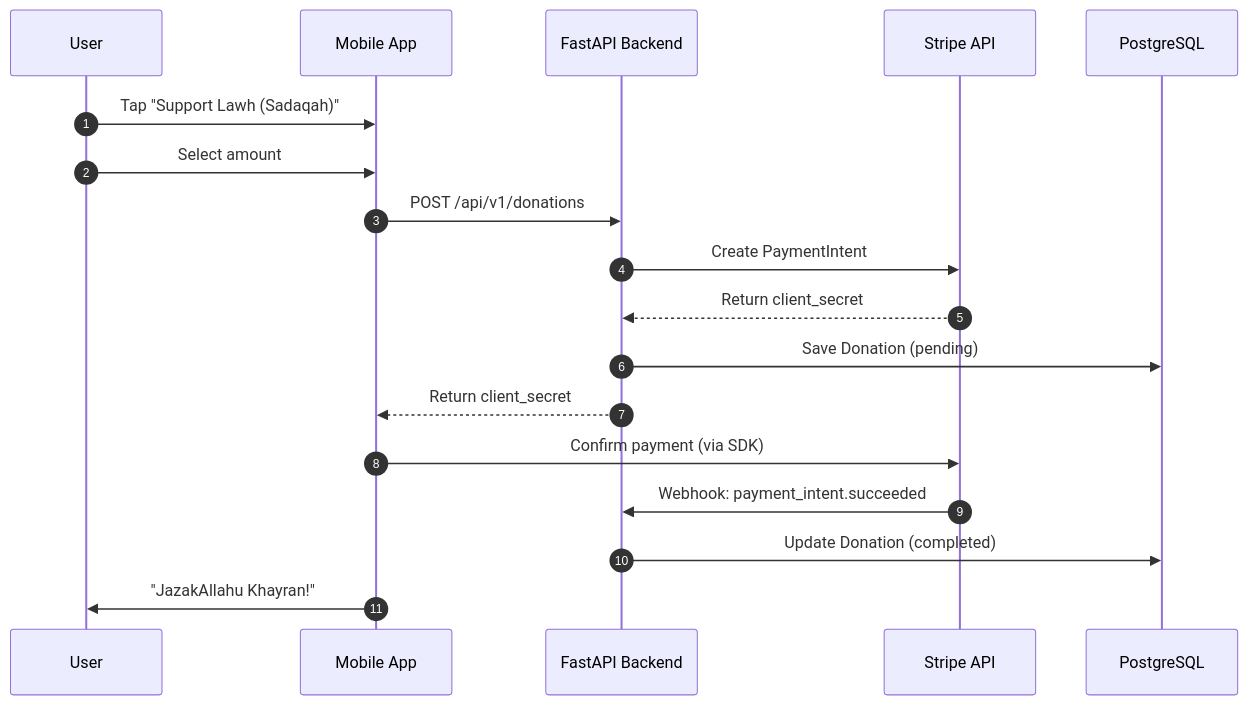
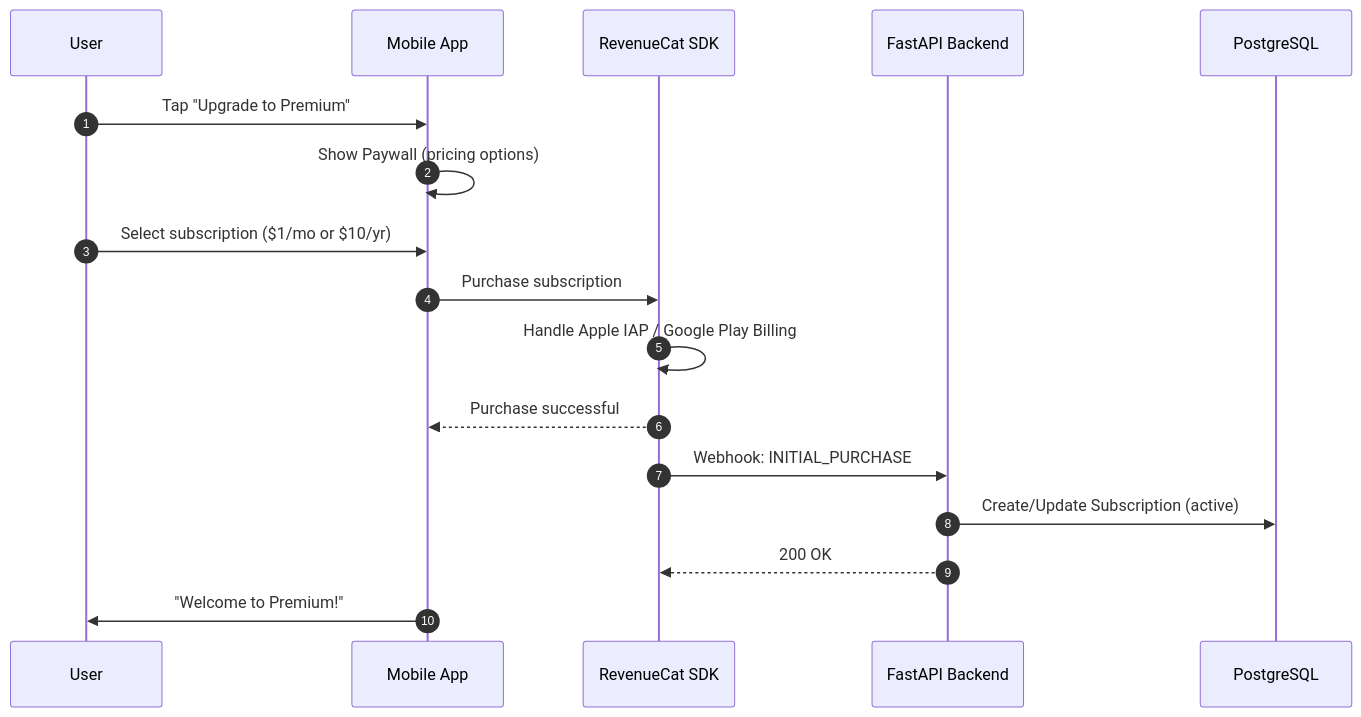
The third of 5 diagrams in docs/architecture/backend/core-workflows.md (sudo-bcube/lawh), drawn with Mermaid before and after one commit. The commit also changed other lines of this file and 9 other files, not shown here.

````diff
--- a/docs/architecture/backend/core-workflows.md
+++ b/docs/architecture/backend/core-workflows.md
@@ -69,23 +69,23 @@
 ```mermaid
 sequenceDiagram
     autonumber
     participant User
     participant App as Mobile App
+    participant RC as RevenueCat SDK
     participant API as FastAPI Backend
-    participant Stripe as Stripe API
     participant DB as PostgreSQL
 
-    User->>App: Tap "Support Lawh (Sadaqah)"
-    User->>App: Select amount
+    User->>App: Tap "Upgrade to Premium"
+    App->>App: Show Paywall (pricing options)
+    User->>App: Select subscription ($1/mo or $10/yr)
 
-    App->>API: POST /api/v1/donations
-    API->>Stripe: Create PaymentIntent
-    Stripe-->>API: Return client_secret
-    API->>DB: Save Donation (pending)
-    API-->>App: Return client_secret
+    App->>RC: Purchase subscription
+    RC->>RC: Handle Apple IAP / Google Play Billing
+    RC-->>App: Purchase successful
 
-    App->>Stripe: Confirm payment (via SDK)
-    Stripe->>API: Webhook: payment_intent.succeeded
-    API->>DB: Update Donation (completed)
-    App->>User: "JazakAllahu Khayran!"
+    RC->>API: Webhook: INITIAL_PURCHASE
+    API->>DB: Create/Update Subscription (active)
+    API-->>RC: 200 OK
+
+    App->>User: "Welcome to Premium!"
 ```
````
